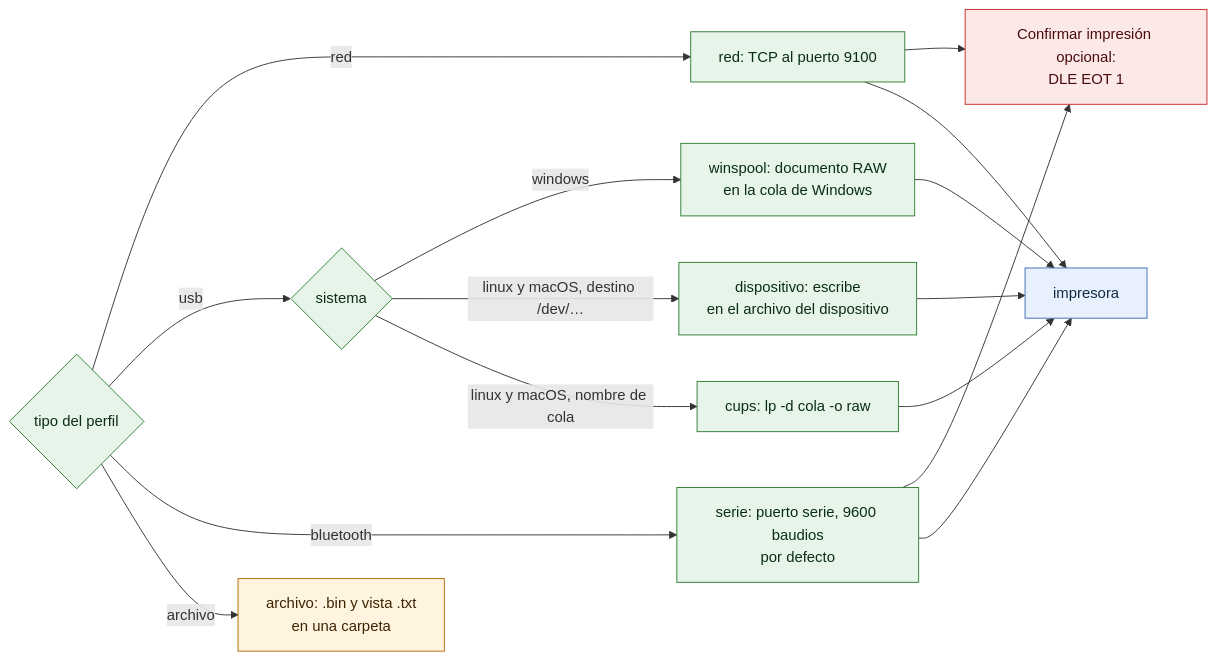
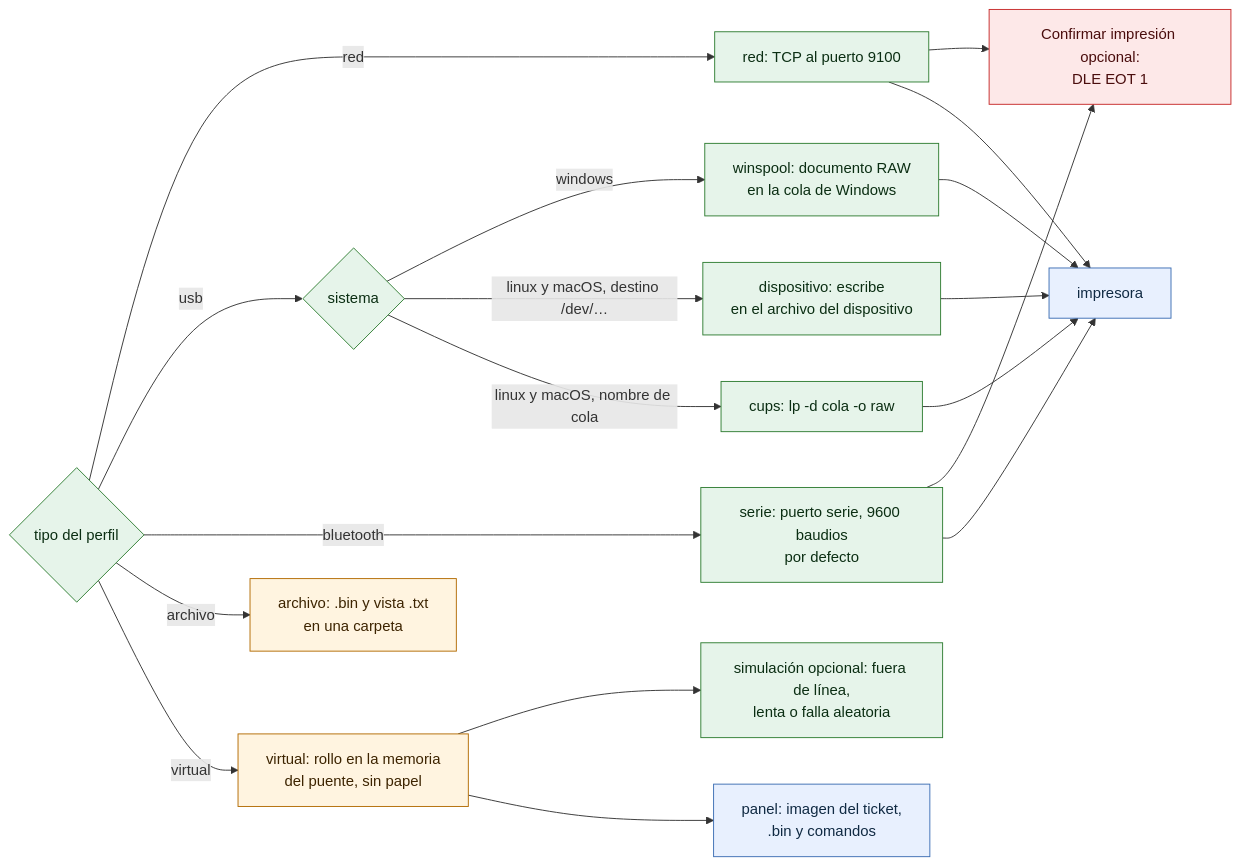
One commit to bayalad7/prisma changed the diagram in docs/diagramas/18-conectores.md. Above: the diagram before and after it, drawn with Mermaid. The commit also changed other lines of this file and 11 other files, not shown here.

First line of the commit message:
documentacion(prisma): documenta la impresora virtual

````diff
--- a/docs/diagramas/18-conectores.md
+++ b/docs/diagramas/18-conectores.md
@@ -5,21 +5,24 @@
 ```mermaid
 flowchart LR
     t{"tipo del perfil"}:::prisma -- red --> red["red: TCP al puerto 9100"]:::prisma
     t -- usb --> u{"sistema"}:::prisma
     u -- windows --> win["winspool: documento RAW<br/>en la cola de Windows"]:::prisma
     u -- "linux y macOS, destino /dev/…" --> dis["dispositivo: escribe<br/>en el archivo del dispositivo"]:::prisma
     u -- "linux y macOS, nombre de cola" --> cups["cups: lp -d cola -o raw"]:::prisma
     t -- bluetooth --> ser["serie: puerto serie, 9600 baudios<br/>por defecto"]:::prisma
     t -- archivo --> arc["archivo: .bin y vista .txt<br/>en una carpeta"]:::datos
+    t -- virtual --> vir["virtual: rollo en la memoria<br/>del puente, sin papel"]:::datos
+    vir --> sim["simulación opcional: fuera de línea,<br/>lenta o falla aleatoria"]:::prisma
+    vir --> panel["panel: imagen del ticket,<br/>.bin y comandos"]:::externo
     red --> conf["Confirmar impresión opcional:<br/>DLE EOT 1"]:::seguridad
     ser --> conf
     red --> imp["impresora"]:::externo
     win --> imp
     dis --> imp
     cups --> imp
     ser --> imp
     classDef externo fill:#e8f0fe,stroke:#3b6db3,color:#102a43
     classDef prisma fill:#e6f4ea,stroke:#2f7d32,color:#0b2e13
     classDef datos fill:#fff4e0,stroke:#b26a00,color:#3d2400
     classDef seguridad fill:#fde8e8,stroke:#c62828,color:#4a0d0d
 ```
````
